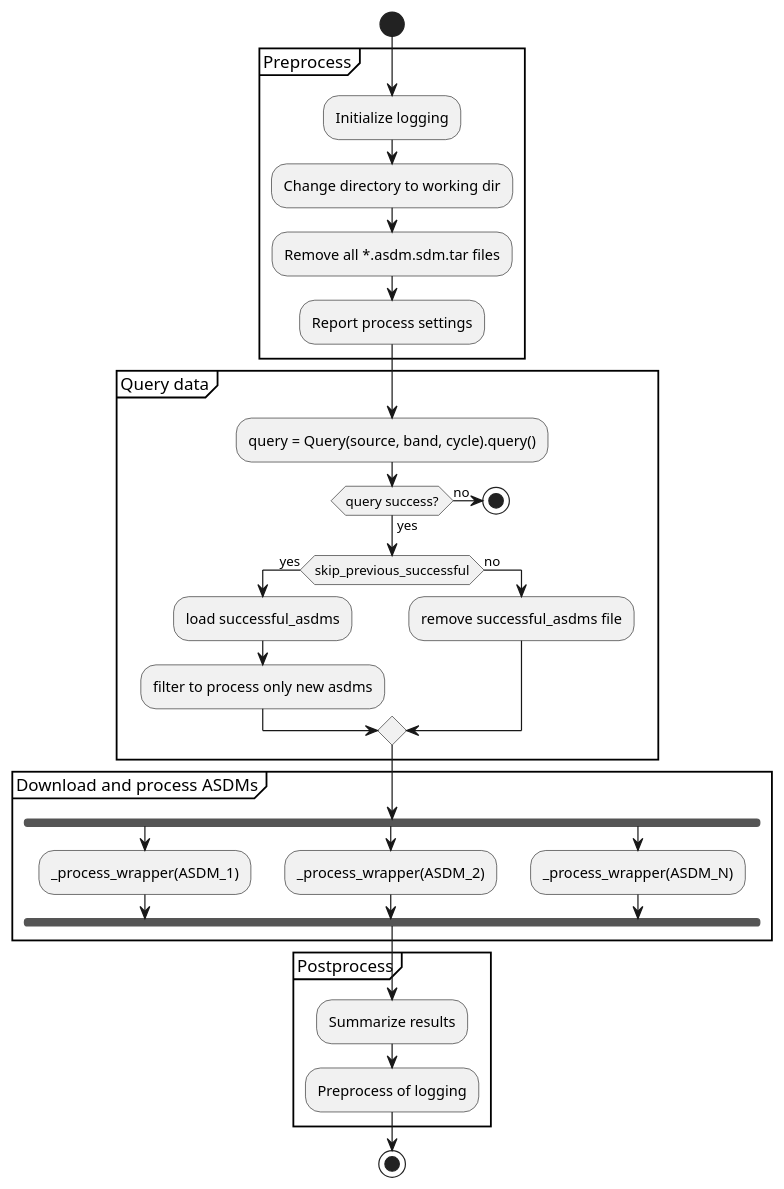
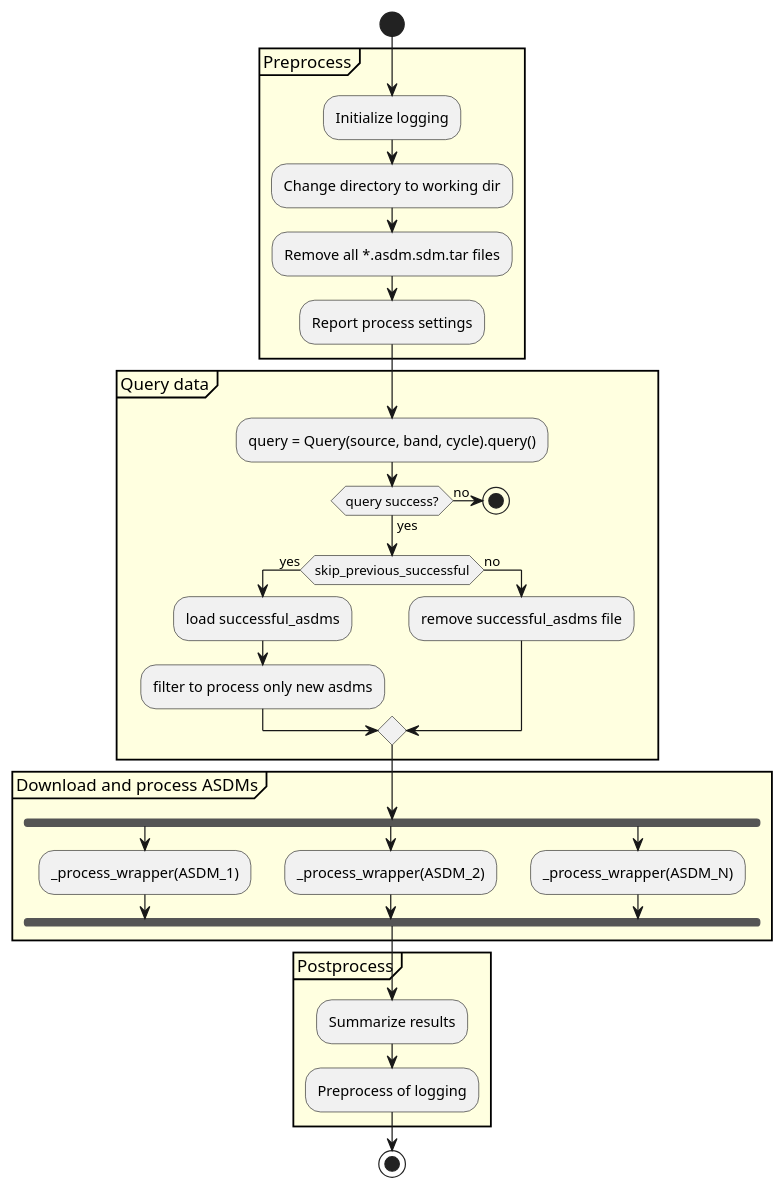
The diagram in docs/diagrams/L4-process-activity.puml (akimasanishida/almaqso), drawn with PlantUML before and after one commit. The commit also changed 6 other files, not shown here.

First line of the commit message:
Add UML activity diagrams for Almaqso methods and update usage documentation

```diff
--- a/docs/diagrams/L4-process-activity.puml
+++ b/docs/diagrams/L4-process-activity.puml
@@ -1,39 +1,39 @@
 @startuml L4-process-activity
 start
 
-partition "Preprocess" {
+partition "Preprocess" #LightYellow {
     :Initialize logging;
     :Change directory to working dir;
     :Remove all *.asdm.sdm.tar files;
     :Report process settings;
 }
-partition "Query data" {
+partition "Query data" #LightYellow {
     :query = Query(source, band, cycle).query();
     if (query success?) then (yes)
     else (no)
         stop
     endif
 
     if (skip_previous_successful) then (yes)
         :load successful_asdms;
         :filter to process only new asdms;
     else (no)
         :remove successful_asdms file;
     endif
 }
-partition "Download and process ASDMs" {
+partition "Download and process ASDMs" #LightYellow {
     fork
         :_process_wrapper(ASDM_1);
     fork again
         :_process_wrapper(ASDM_2);
     fork again
         :_process_wrapper(ASDM_N);
     end fork
 }
-partition "Postprocess" {
+partition "Postprocess" #LightYellow {
     :Summarize results;
     :Preprocess of logging;
 }
 
 stop
 @enduml
```
